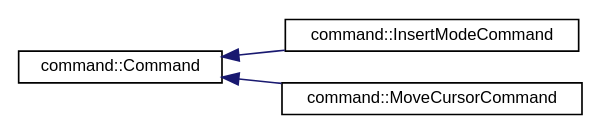
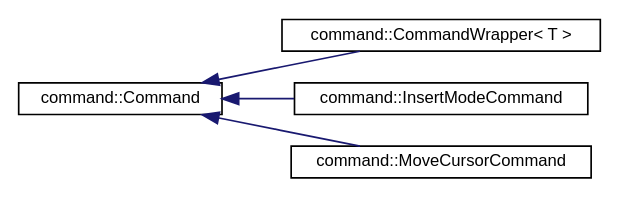
Before and after one commit to aka1ha2n3e/project00: the diagram in document/ドキュメント/inherit_graph_1.dot, drawn with Graphviz. The commit also changed 278 other files, not shown here.

```diff
--- a/document/ドキュメント/inherit_graph_1.dot
+++ b/document/ドキュメント/inherit_graph_1.dot
@@ -1,12 +1,14 @@
 digraph "Graphical Class Hierarchy"
 {
  // LATEX_PDF_SIZE
   edge [fontname="Helvetica",fontsize="10",labelfontname="Helvetica",labelfontsize="10"];
   node [fontname="Helvetica",fontsize="10",shape=record];
   rankdir="LR";
   Node0 [label="command::Command",height=0.2,width=0.4,color="black", fillcolor="white", style="filled",URL="$classcommand_1_1Command.html",tooltip=" "];
   Node0 -> Node1 [dir="back",color="midnightblue",fontsize="10",style="solid",fontname="Helvetica"];
-  Node1 [label="command::InsertModeCommand",height=0.2,width=0.4,color="black", fillcolor="white", style="filled",URL="$classcommand_1_1InsertModeCommand.html",tooltip=" "];
+  Node1 [label="command::CommandWrapper\< T \>",height=0.2,width=0.4,color="black", fillcolor="white", style="filled",URL="$classcommand_1_1CommandWrapper.html",tooltip=" "];
   Node0 -> Node2 [dir="back",color="midnightblue",fontsize="10",style="solid",fontname="Helvetica"];
-  Node2 [label="command::MoveCursorCommand",height=0.2,width=0.4,color="black", fillcolor="white", style="filled",URL="$classcommand_1_1MoveCursorCommand.html",tooltip=" "];
+  Node2 [label="command::InsertModeCommand",height=0.2,width=0.4,color="black", fillcolor="white", style="filled",URL="$classcommand_1_1InsertModeCommand.html",tooltip=" "];
+  Node0 -> Node3 [dir="back",color="midnightblue",fontsize="10",style="solid",fontname="Helvetica"];
+  Node3 [label="command::MoveCursorCommand",height=0.2,width=0.4,color="black", fillcolor="white", style="filled",URL="$classcommand_1_1MoveCursorCommand.html",tooltip=" "];
 }
```
